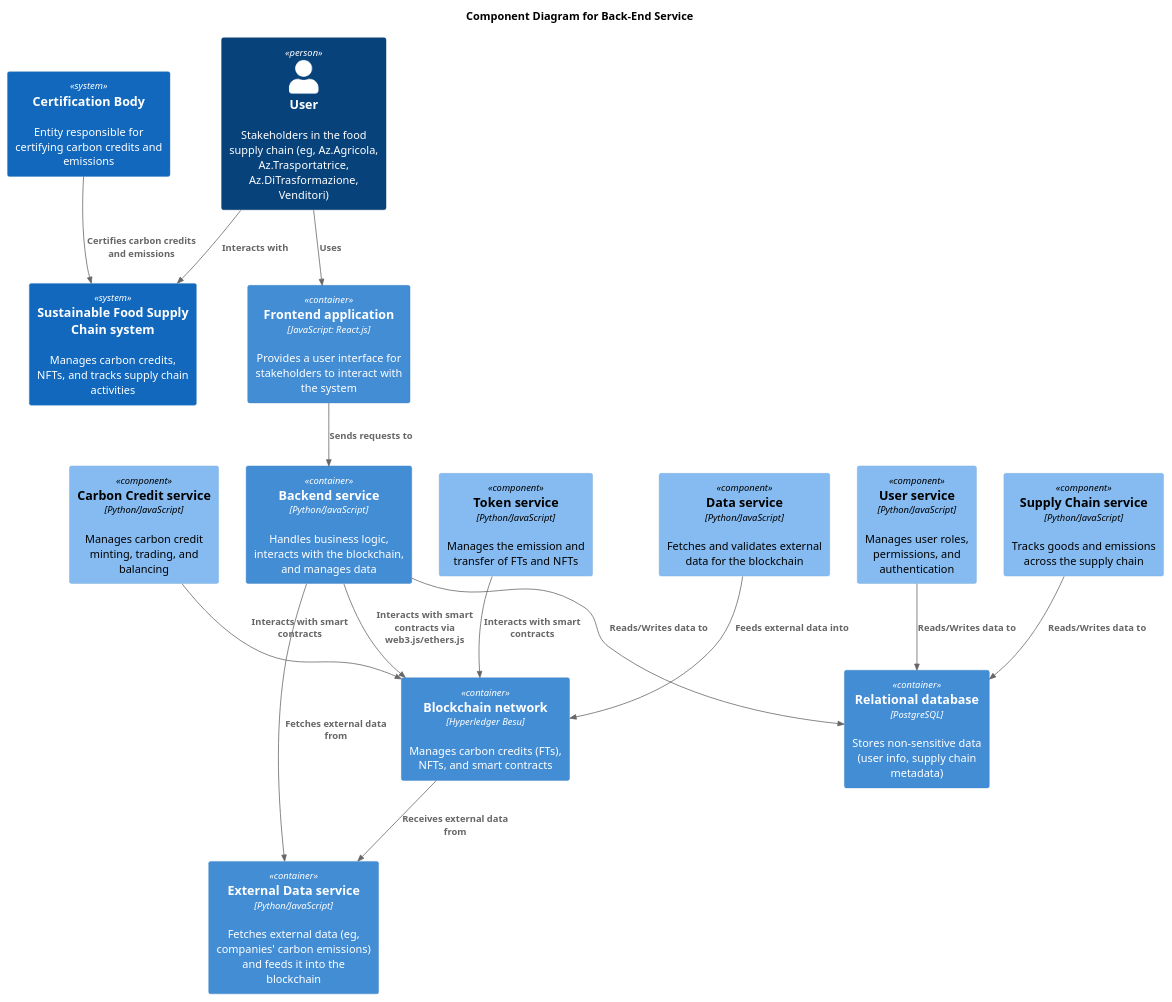
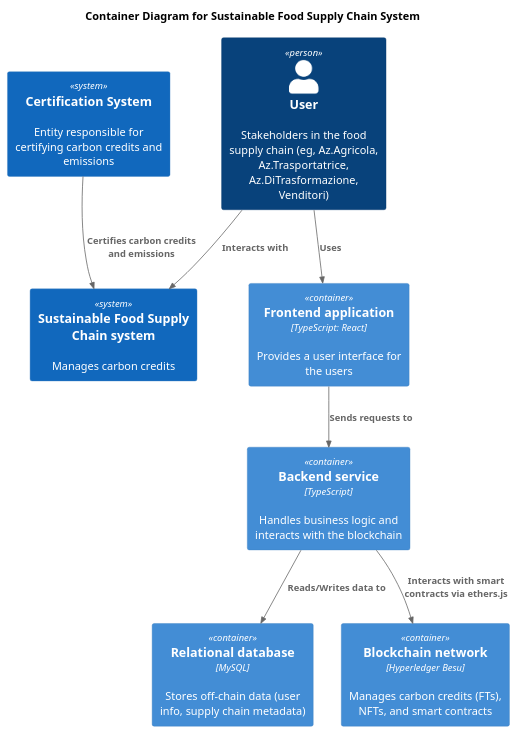
Before and after one commit to enzoc2000/Software_Security: the diagram in PlantUML/Architecture_overview.puml, drawn with PlantUML. The commit also changed 1 other file, not shown here.

Commit message:
Update architecture

```diff
--- a/PlantUML/Architecture_overview.puml
+++ b/PlantUML/Architecture_overview.puml
@@ -1,48 +1,32 @@
 @startuml
 !include https://raw.githubusercontent.com/plantuml-stdlib/C4-PlantUML/master/C4_Context.puml
 !include https://raw.githubusercontent.com/plantuml-stdlib/C4-PlantUML/master/C4_Container.puml
 !include https://raw.githubusercontent.com/plantuml-stdlib/C4-PlantUML/master/C4_Component.puml
 
 ' === Context Level ===
 title System Context Diagram for Sustainable Food Supply Chain
 
-System(certification_body, "Certification Body", "Entity responsible for certifying carbon credits and emissions")
+System(certification_body, "Certification System", "Entity responsible for certifying carbon credits and emissions")
 Person(user, "User", "Stakeholders in the food supply chain (eg, Az.Agricola, Az.Trasportatrice, Az.DiTrasformazione, Venditori)")
 
-System(system, "Sustainable Food Supply Chain system", "Manages carbon credits, NFTs, and tracks supply chain activities")
+System(system, "Sustainable Food Supply Chain system", "Manages carbon credits") 
+' , NFTs, and tracks supply chain activities
 
 Rel(user, system, "Interacts with")
 Rel(certification_body, system, "Certifies carbon credits and emissions")
 
 ' === Container Level ===
 title Container Diagram for Sustainable Food Supply Chain System
 
-Container(frontend, "Frontend application", "JavaScript: React.js", "Provides a user interface for stakeholders to interact with the system")
-Container(backend, "Backend service", "Python/JavaScript", "Handles business logic, interacts with the blockchain, and manages data")
+Container(frontend, "Frontend application", "TypeScript: React", "Provides a user interface for the users")
+Container(backend, "Backend service", "TypeScript", "Handles business logic and interacts with the blockchain")
+Container(database, "Relational database", "MySQL", "Stores off-chain data (user info, supply chain metadata)")
 Container(blockchain, "Blockchain network", "Hyperledger Besu", "Manages carbon credits (FTs), NFTs, and smart contracts")
-Container(database, "Relational database", "PostgreSQL", "Stores non-sensitive data (user info, supply chain metadata)")
-Container(externaldata, "External Data service", "Python/JavaScript", "Fetches external data (eg, companies' carbon emissions) and feeds it into the blockchain")
 
 Rel(user, frontend, "Uses")
 Rel(frontend, backend, "Sends requests to")
 Rel(backend, database, "Reads/Writes data to")
-Rel(backend, blockchain, "Interacts with smart contracts via web3.js/ethers.js")
-Rel(backend, externaldata, "Fetches external data from")
-Rel(blockchain, externaldata, "Receives external data from")
+Rel(backend, blockchain, "Interacts with smart contracts via ethers.js")
 
-' === Component Level ===
-title Component Diagram for Back-End Service
-
-Component(carbon_service, "Carbon Credit service", "Python/JavaScript", "Manages carbon credit minting, trading, and balancing")
-Component(token_service, "Token service", "Python/JavaScript", "Manages the emission and transfer of FTs and NFTs")
-Component(supply_chain_service, "Supply Chain service", "Python/JavaScript", "Tracks goods and emissions across the supply chain")
-Component(user_service, "User service", "Python/JavaScript", "Manages user roles, permissions, and authentication")
-Component(data_service, "Data service", "Python/JavaScript", "Fetches and validates external data for the blockchain")
-
-Rel(carbon_service, blockchain, "Interacts with smart contracts")
-Rel(token_service, blockchain, "Interacts with smart contracts")
-Rel(supply_chain_service, database, "Reads/Writes data to")
-Rel(user_service, database, "Reads/Writes data to")
-Rel(data_service, blockchain, "Feeds external data into")
 
 @enduml
```
